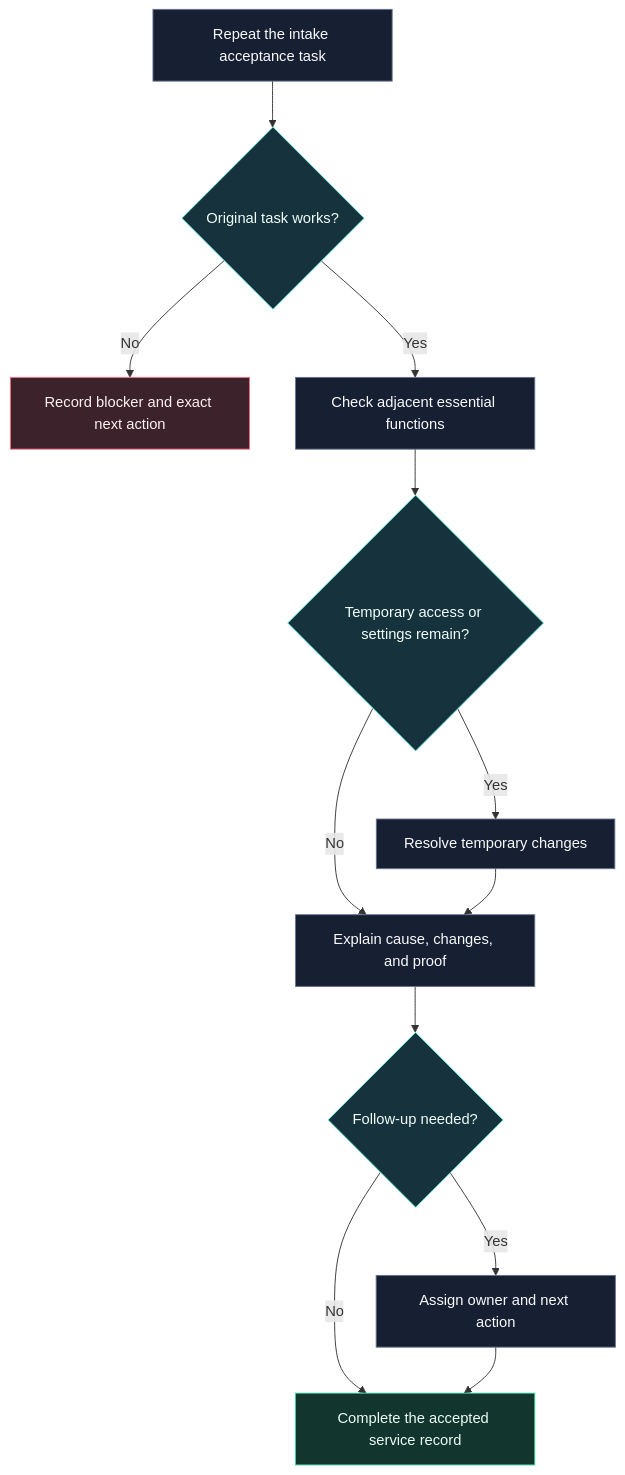
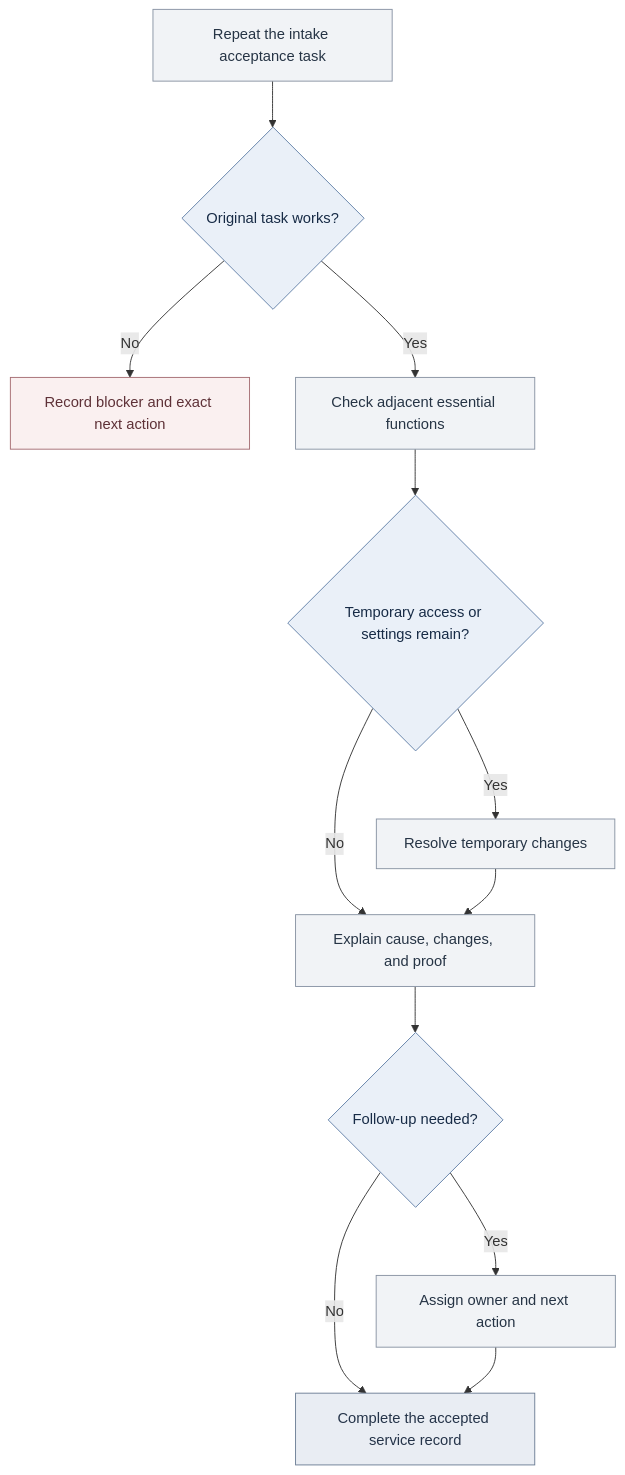
Before and after one commit to Herbertofury/INTA: the diagram in docs/runbooks/client-handoff.md, drawn with Mermaid. The commit also changed other lines of this file and 110 other files, not shown here.

````diff
--- a/docs/runbooks/client-handoff.md
+++ b/docs/runbooks/client-handoff.md
@@ -20,18 +25,18 @@
 ```mermaid
 flowchart TD
     A["Repeat the intake acceptance task"]:::action --> B{"Original task works?"}:::decision
     B -->|"No"| C["Record blocker and exact next action"]:::stop
     B -->|"Yes"| D["Check adjacent essential functions"]:::action
     D --> E{"Temporary access or settings remain?"}:::decision
     E -->|"Yes"| F["Resolve temporary changes"]:::action
     E -->|"No"| G["Explain cause, changes, and proof"]:::action
     F --> G
     G --> H{"Follow-up needed?"}:::decision
     H -->|"Yes"| I["Assign owner and next action"]:::action
     H -->|"No"| J["Complete the accepted service record"]:::done
     I --> J
-    classDef decision fill:#16323d,stroke:#5eead4,color:#f0fdfa
-    classDef action fill:#172033,stroke:#64748b,color:#f8fafc
-    classDef stop fill:#3b222b,stroke:#fb7185,color:#fff1f2
-    classDef done fill:#12352d,stroke:#34d399,color:#ecfdf5
+    classDef decision fill:#eaf0f8,stroke:#607fa7,color:#172b46
+    classDef action fill:#f1f3f6,stroke:#8792a2,color:#263445
+    classDef stop fill:#faf0f0,stroke:#a46b70,color:#5e3137
+    classDef done fill:#e9edf3,stroke:#6c7d94,color:#253449
 ```
````
